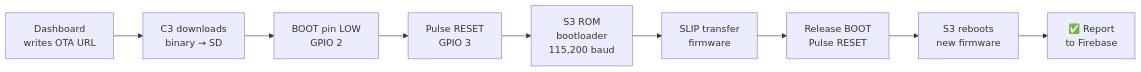
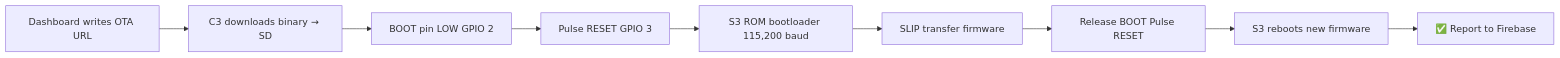
Before and after one commit to jden-art/Varuna: the ninth of 10 diagrams in README.md, drawn with Mermaid. The commit also changed other lines of this file, not shown here.

````diff
--- a/README.md
+++ b/README.md
@@ -424,11 +425,11 @@
 ```mermaid
 flowchart LR
-    A["Dashboard\nwrites OTA URL"] --> B["C3 downloads\nbinary → SD"]
-    B --> C["BOOT pin LOW\nGPIO 2"]
-    C --> D["Pulse RESET\nGPIO 3"]
-    D --> E["S3 ROM\nbootloader\n115,200 baud"]
-    E --> F["SLIP transfer\nfirmware"]
-    F --> G["Release BOOT\nPulse RESET"]
-    G --> H["S3 reboots\nnew firmware"]
-    H --> I["✅ Report\nto Firebase"]
+    A["Dashboard writes OTA URL"] --> B["C3 downloads binary → SD"]
+    B --> C["BOOT pin LOW GPIO 2"]
+    C --> D["Pulse RESET GPIO 3"]
+    D --> E["S3 ROM bootloader 115,200 baud"]
+    E --> F["SLIP transfer firmware"]
+    F --> G["Release BOOT Pulse RESET"]
+    G --> H["S3 reboots new firmware"]
+    H --> I["✅ Report to Firebase"]
 ```
````
